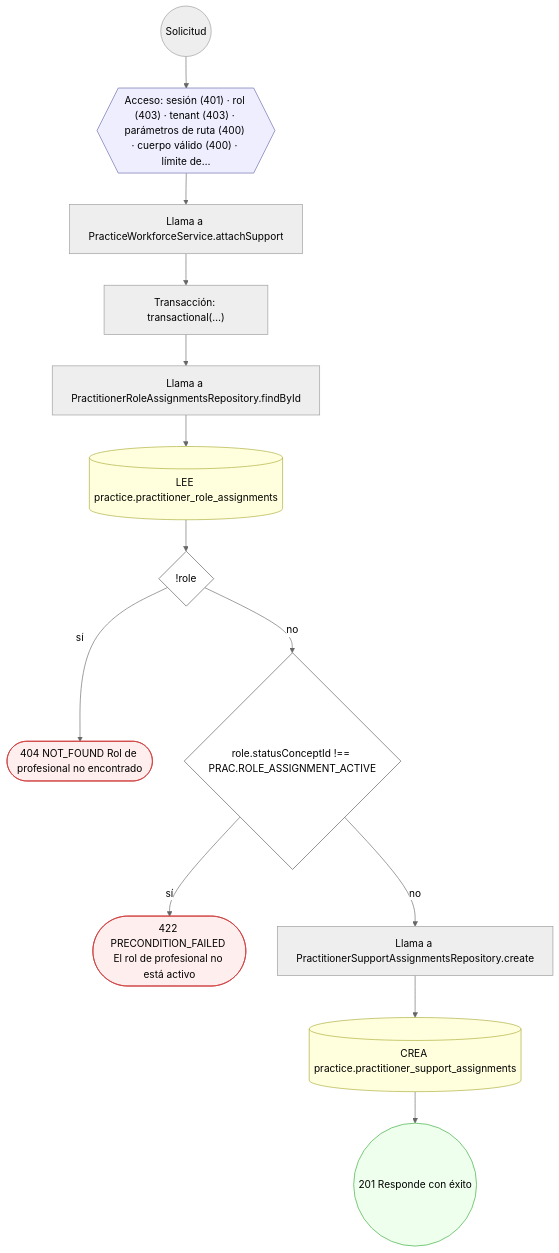
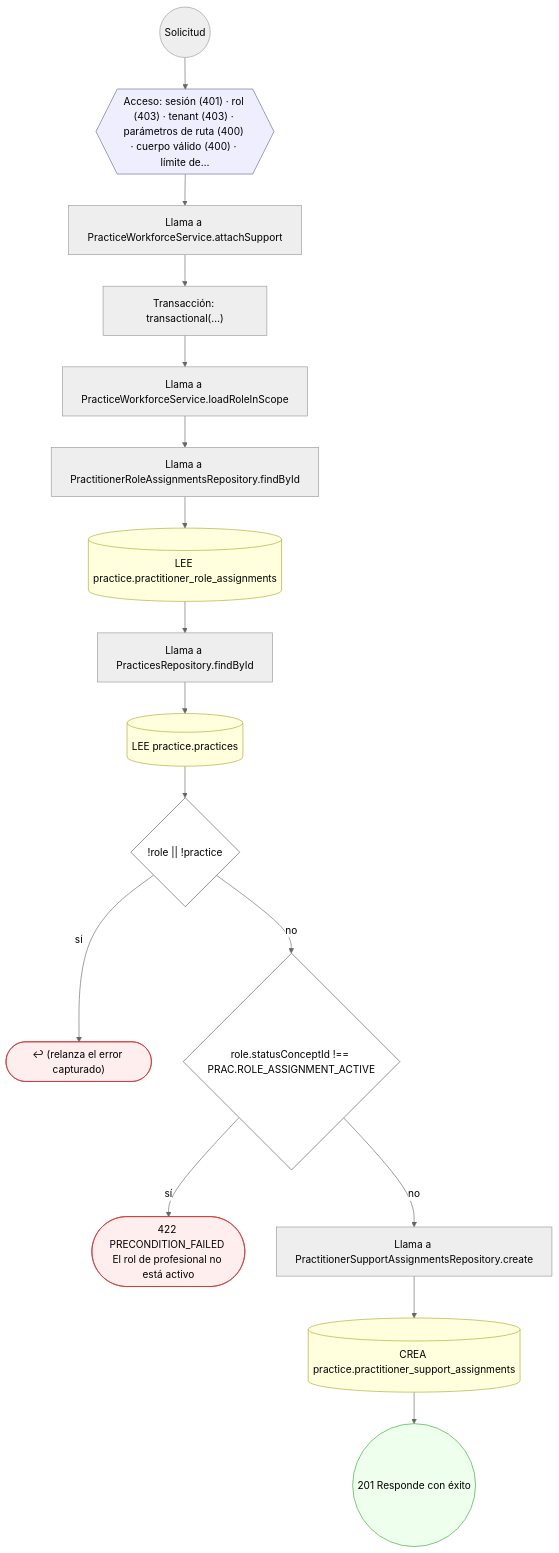
Diagram 26 of 30 in docs/inventario/flujos/practice.md (mdavila-2001/mantra-core-health-api), drawn with Mermaid (neutral theme) before and after one commit. The commit also changed other lines of this file and 438 other files, not shown here.

````diff
--- a/docs/inventario/flujos/practice.md
+++ b/docs/inventario/flujos/practice.md
@@ -1717,34 +1692,40 @@
 ```mermaid
 flowchart TD
   n1(("Solicitud")):::inicio
   n2{{"Acceso: sesión (401) · rol (403) · tenant (403) · parámetros de ruta (400) · cuerpo válido (400) · límite de…"}}:::acceso
   n1 --> n2
   n3["Llama a PracticeWorkforceService.attachSupport"]:::llamada
   n2 --> n3
   n4["Transacción: transactional(…)"]:::transaccion
   n3 --> n4
-  n5["Llama a PractitionerRoleAssignmentsRepository.findById"]:::llamada
+  n5["Llama a PracticeWorkforceService.loadRoleInScope"]:::llamada
   n4 --> n5
-  n6[("LEE practice.practitioner_role_assignments")]:::efecto
+  n6["Llama a PractitionerRoleAssignmentsRepository.findById"]:::llamada
   n5 --> n6
-  n7{"!role"}:::decision
+  n7[("LEE practice.practitioner_role_assignments")]:::efecto
   n6 --> n7
-  n8(["404 NOT_FOUND Rol de profesional no encontrado"]):::error
-  n7 -->|"sí"| n8
-  n9{"role.statusConceptId !== PRAC.ROLE_ASSIGNMENT_ACTIVE"}:::decision
-  n7 -->|"no"| n9
-  n10(["422 PRECONDITION_FAILED El rol de profesional no está activo"]):::error
-  n9 -->|"sí"| n10
-  n11["Llama a PractitionerSupportAssignmentsRepository.create"]:::llamada
-  n9 -->|"no"| n11
-  n12[("CREA practice.practitioner_support_assignments")]:::efecto
-  n11 --> n12
-  n13(("201 Responde con éxito")):::ok
-  n12 --> n13
+  n8["Llama a PracticesRepository.findById"]:::llamada
+  n7 --> n8
+  n9[("LEE practice.practices")]:::efecto
+  n8 --> n9
+  n10{"!role || !practice"}:::decision
+  n9 --> n10
+  n11(["↩ (relanza el error capturado)"]):::error
+  n10 -->|"sí"| n11
+  n12{"role.statusConceptId !== PRAC.ROLE_ASSIGNMENT_ACTIVE"}:::decision
+  n10 -->|"no"| n12
+  n13(["422 PRECONDITION_FAILED El rol de profesional no está activo"]):::error
+  n12 -->|"sí"| n13
+  n14["Llama a PractitionerSupportAssignmentsRepository.create"]:::llamada
+  n12 -->|"no"| n14
+  n15[("CREA practice.practitioner_support_assignments")]:::efecto
+  n14 --> n15
+  n16(("201 Responde con éxito")):::ok
+  n15 --> n16
   classDef acceso fill:#eef,stroke:#66a
   classDef error fill:#fee,stroke:#c33
   classDef ok fill:#efe,stroke:#3a3
   classDef efecto fill:#ffd,stroke:#aa3
   classDef decision fill:#fff,stroke:#555
   classDef corte fill:#eee,stroke:#999,stroke-dasharray: 4
 ```
````
